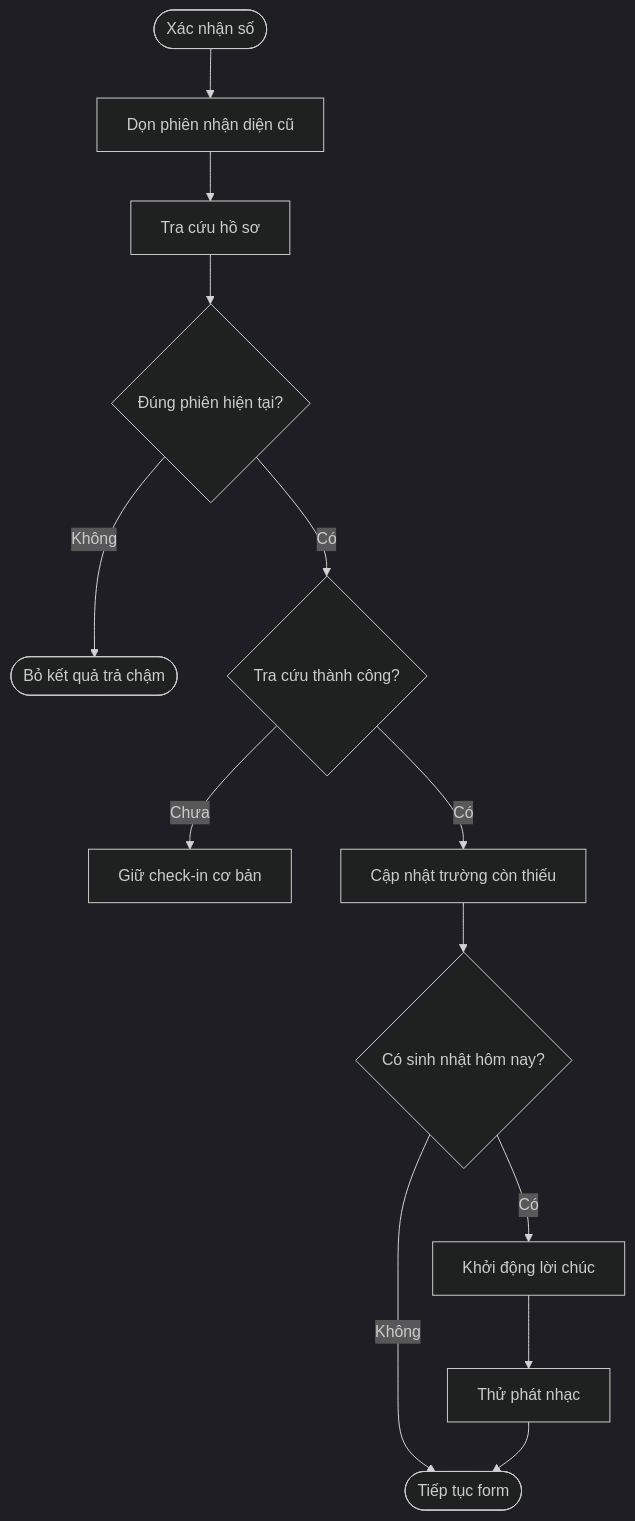
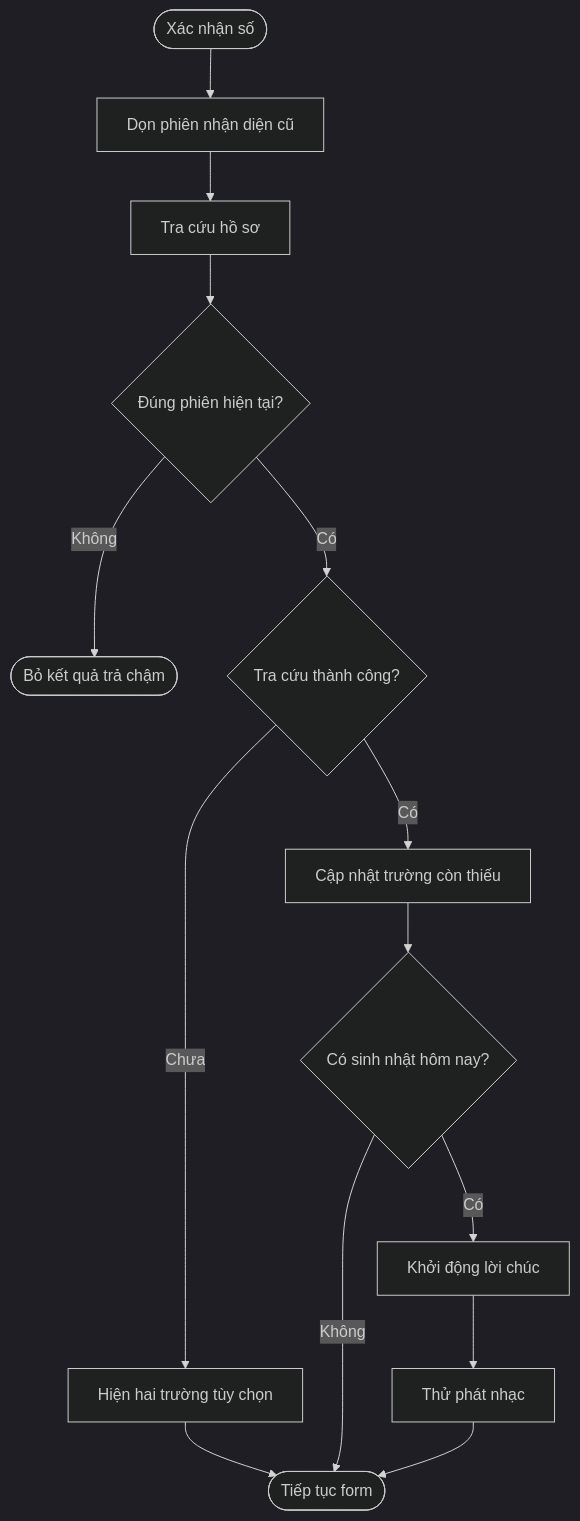
Before and after one commit to vlink-group/VlinkPay: the first of 4 diagrams in nexora/docs/checkin-birthday-source-2042/technical.md, drawn with Mermaid (dark theme). The commit also changed other lines of this file and 2 other files, not shown here.

Commit message:
docs: update check-in behavior when customer lookup is unavailable

````diff
--- a/nexora/docs/checkin-birthday-source-2042/technical.md
+++ b/nexora/docs/checkin-birthday-source-2042/technical.md
@@ -78,15 +78,16 @@
 ```mermaid
 flowchart TD
     A([Xác nhận số]) --> B[Dọn phiên nhận diện cũ]
     B --> C[Tra cứu hồ sơ]
     C --> D{Đúng phiên hiện tại?}
     D -- Không --> E([Bỏ kết quả trả chậm])
     D -- Có --> F{Tra cứu thành công?}
-    F -- Chưa --> G[Giữ check-in cơ bản]
+    F -- Chưa --> G[Hiện hai trường tùy chọn]
+    G --> J
     F -- Có --> H[Cập nhật trường còn thiếu]
     H --> I{Có sinh nhật hôm nay?}
     I -- Không --> J([Tiếp tục form])
     I -- Có --> K[Khởi động lời chúc]
     K --> L[Thử phát nhạc]
     L --> J
 ```
````
